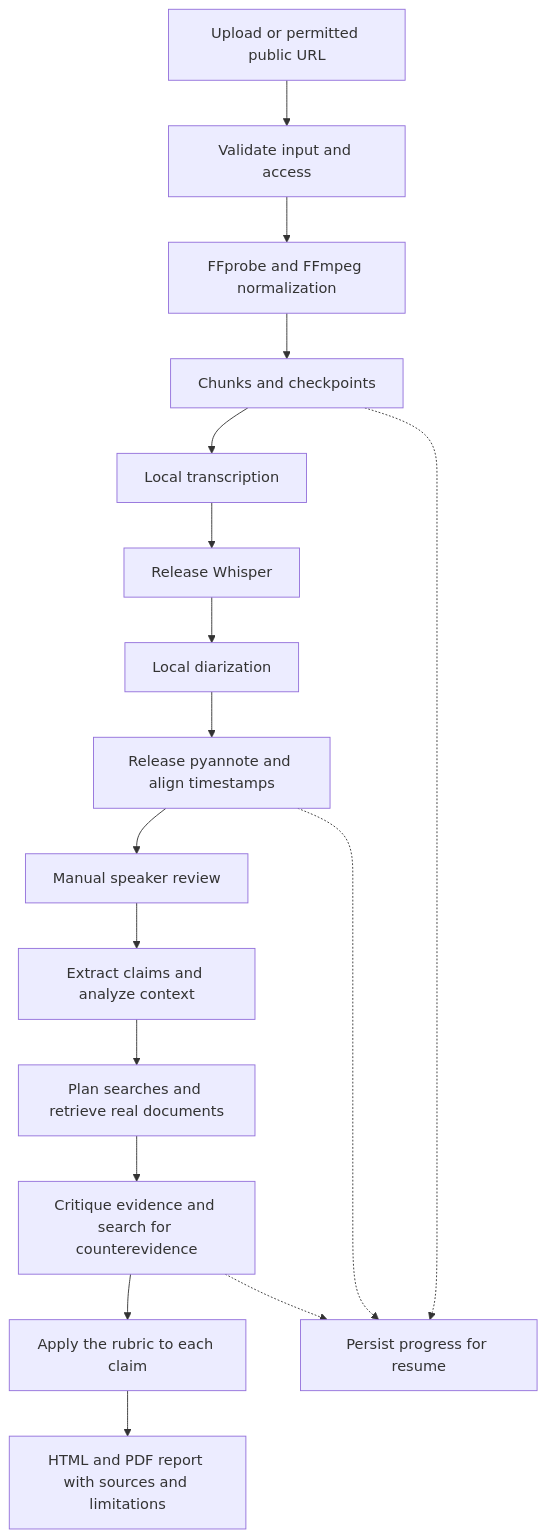
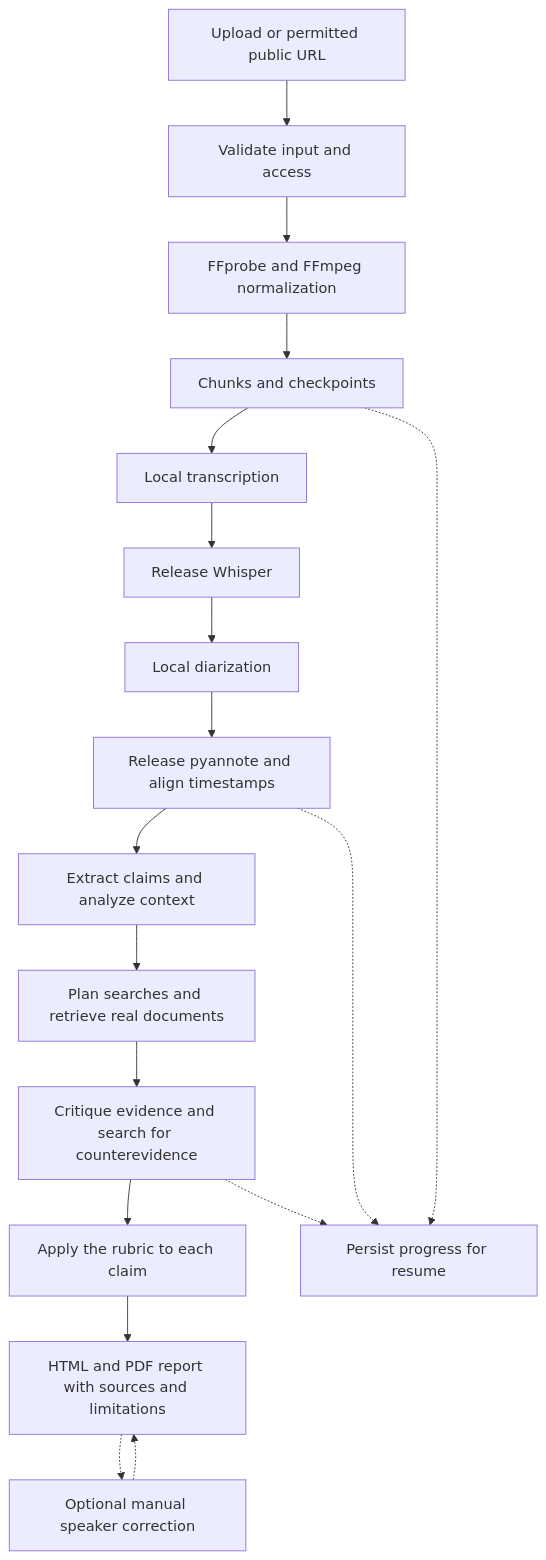
Before and after one commit to FabricioHiury/verifact-ai: the third of 4 diagrams in README.md, drawn with Mermaid. The commit also changed other lines of this file and 98 other files, not shown here.

````diff
--- a/README.md
+++ b/README.md
@@ -278,19 +297,20 @@
 ```mermaid
 flowchart TD
     A[Upload or permitted public URL] --> B[Validate input and access]
     B --> C[FFprobe and FFmpeg normalization]
     C --> D[Chunks and checkpoints]
     D --> E[Local transcription]
     E --> F[Release Whisper]
     F --> G[Local diarization]
     G --> H[Release pyannote and align timestamps]
-    H --> I[Manual speaker review]
-    I --> J[Extract claims and analyze context]
+    H --> J[Extract claims and analyze context]
     J --> K[Plan searches and retrieve real documents]
     K --> L[Critique evidence and search for counterevidence]
     L --> M[Apply the rubric to each claim]
     M --> N[HTML and PDF report with sources and limitations]
+    N -.-> I[Optional manual speaker correction]
+    I -.-> N
     D -.-> O[Persist progress for resume]
     H -.-> O
     L -.-> O
 ```
````
